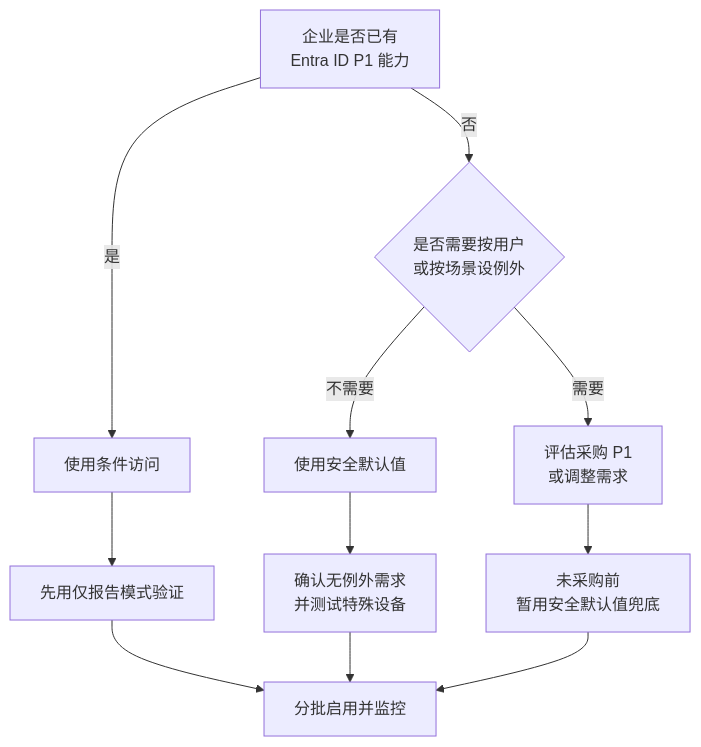
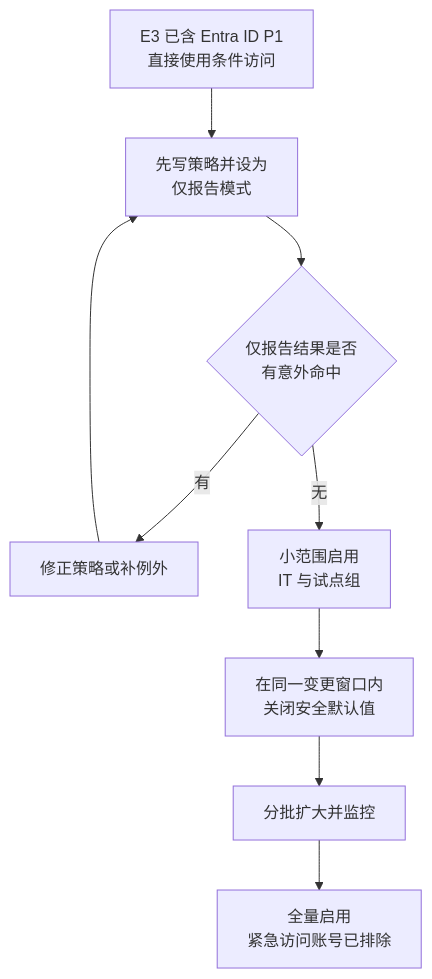
One commit to zerioo1970/summary changed the first of 3 diagrams in Microsoft-365企业导入实施方案/02-基础建设-租户身份与MFA/08-MFA启用方式与条件访问.md. Above: the diagram before and after it, drawn with Mermaid. The commit also changed other lines of this file and 28 other files, not shown here.

````diff
--- a/Microsoft-365企业导入实施方案/02-基础建设-租户身份与MFA/08-MFA启用方式与条件访问.md
+++ b/Microsoft-365企业导入实施方案/02-基础建设-租户身份与MFA/08-MFA启用方式与条件访问.md
@@ -36,13 +38,11 @@
 ```mermaid
 graph TD
-    A[企业是否已有<br/>Entra ID P1 能力] -->|是| B[使用条件访问]
-    A -->|否| C{是否需要按用户<br/>或按场景设例外}
-    C -->|不需要| D[使用安全默认值]
-    C -->|需要| E[评估采购 P1<br/>或调整需求]
-    B --> F[先用仅报告模式验证]
-    D --> G[确认无例外需求<br/>并测试特殊设备]
-    E --> H[未采购前<br/>暂用安全默认值兜底]
-    F --> I[分批启用并监控]
-    G --> I
-    H --> I
+    A[E3 已含 Entra ID P1<br/>直接使用条件访问] --> B[先写策略并设为<br/>仅报告模式]
+    B --> C{仅报告结果是否<br/>有意外命中}
+    C -->|有| D[修正策略或补例外]
+    D --> B
+    C -->|无| E[小范围启用<br/>IT 与试点组]
+    E --> F[在同一变更窗口内<br/>关闭安全默认值]
+    F --> G[分批扩大并监控]
+    G --> H[全量启用<br/>紧急访问账号已排除]
 ```
````
